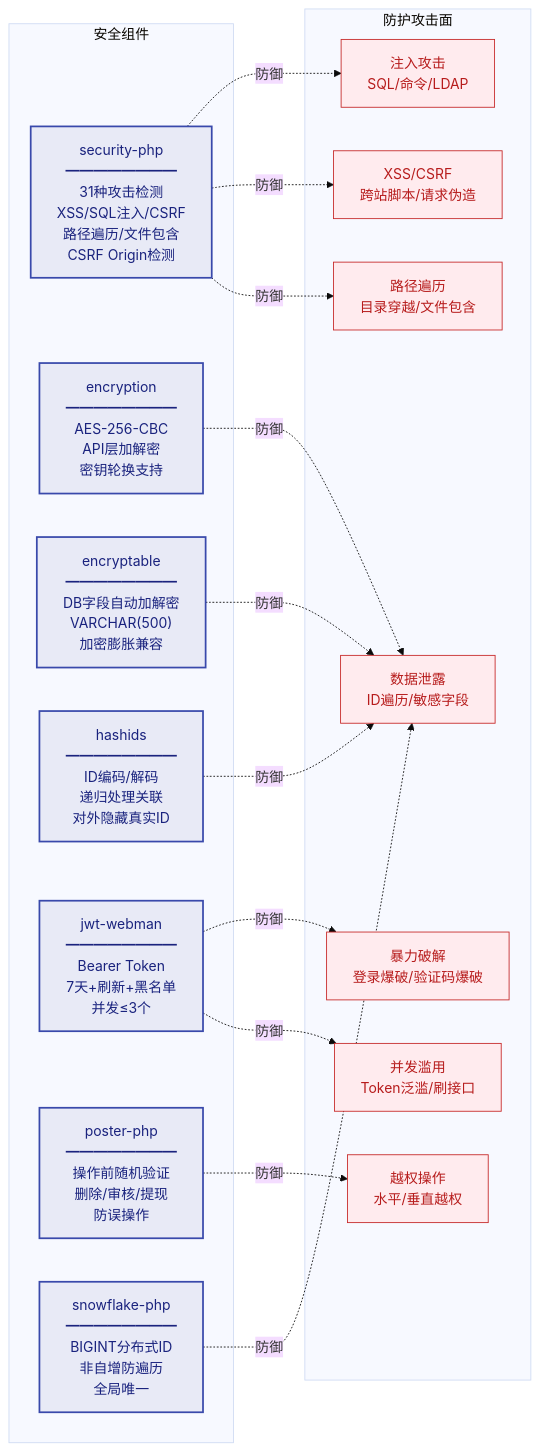
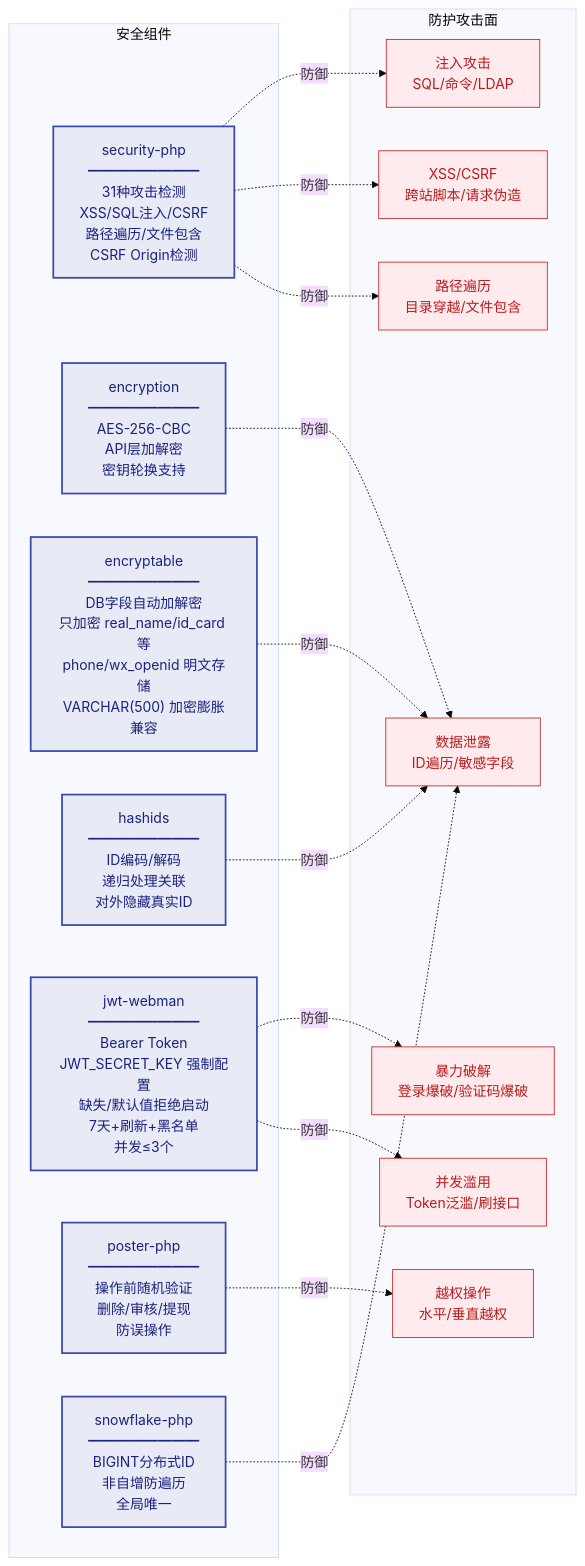
One commit to erikwang2013/appointment-php changed the second of 4 diagrams in docs/diagrams/SECURITY-ARCHITECTURE.md. Above: the diagram before and after it, drawn with Mermaid (base theme). The commit also changed other lines of this file and 11 other files, not shown here.

First line of the commit message:
文档图集同步至当前代码：修复安全图 phone/wx_openid 加密错误、新增管理端防护层与 Redis 缓存/响应契约/模型共享节点、支付图更新为下单算价+回调消费两段式

````diff
--- a/docs/diagrams/SECURITY-ARCHITECTURE.md
+++ b/docs/diagrams/SECURITY-ARCHITECTURE.md
@@ -82,39 +93,39 @@
 ```mermaid
 graph LR
     subgraph 组件["安全组件"]
         C1["security-php<br/>━━━━━━━━<br/>31种攻击检测<br/>XSS/SQL注入/CSRF<br/>路径遍历/文件包含<br/>CSRF Origin检测"]
         C2["encryption<br/>━━━━━━━━<br/>AES-256-CBC<br/>API层加解密<br/>密钥轮换支持"]
-        C3["encryptable<br/>━━━━━━━━<br/>DB字段自动加解密<br/>VARCHAR(500)<br/>加密膨胀兼容"]
+        C3["encryptable<br/>━━━━━━━━<br/>DB字段自动加解密<br/>只加密 real_name/id_card 等<br/>phone/wx_openid 明文存储<br/>VARCHAR(500) 加密膨胀兼容"]
         C4["hashids<br/>━━━━━━━━<br/>ID编码/解码<br/>递归处理关联<br/>对外隐藏真实ID"]
-        C5["jwt-webman<br/>━━━━━━━━<br/>Bearer Token<br/>7天+刷新+黑名单<br/>并发≤3个"]
+        C5["jwt-webman<br/>━━━━━━━━<br/>Bearer Token<br/>JWT_SECRET_KEY 强制配置<br/>缺失/默认值拒绝启动<br/>7天+刷新+黑名单<br/>并发≤3个"]
         C6["poster-php<br/>━━━━━━━━<br/>操作前随机验证<br/>删除/审核/提现<br/>防误操作"]
         C7["snowflake-php<br/>━━━━━━━━<br/>BIGINT分布式ID<br/>非自增防遍历<br/>全局唯一"]
     end
 
     subgraph 攻击面["防护攻击面"]
         A1["注入攻击<br/>SQL/命令/LDAP"]
         A2["XSS/CSRF<br/>跨站脚本/请求伪造"]
         A3["路径遍历<br/>目录穿越/文件包含"]
         A4["暴力破解<br/>登录爆破/验证码爆破"]
         A5["数据泄露<br/>ID遍历/敏感字段"]
         A6["越权操作<br/>水平/垂直越权"]
         A7["并发滥用<br/>Token泛滥/刷接口"]
     end
 
     C1 -.->|防御| A1
     C1 -.->|防御| A2
     C1 -.->|防御| A3
     C2 -.->|防御| A5
     C3 -.->|防御| A5
     C4 -.->|防御| A5
     C5 -.->|防御| A4
     C5 -.->|防御| A7
     C6 -.->|防御| A6
     C7 -.->|防御| A5
 
     classDef comp fill:#e8eaf6,stroke:#3949ab,stroke-width:2px,color:#1a237e
     classDef attack fill:#ffebee,stroke:#c62828,stroke-width:1px,color:#b71c1c
 
     class C1,C2,C3,C4,C5,C6,C7 comp
     class A1,A2,A3,A4,A5,A6,A7 attack
 ```
````
